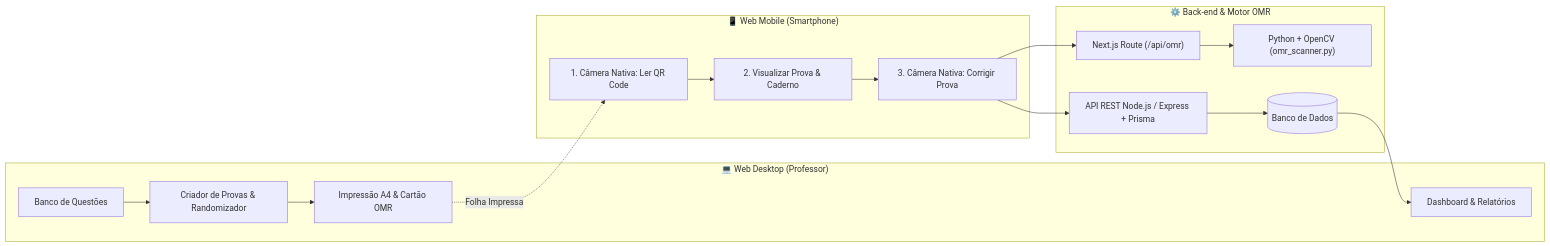
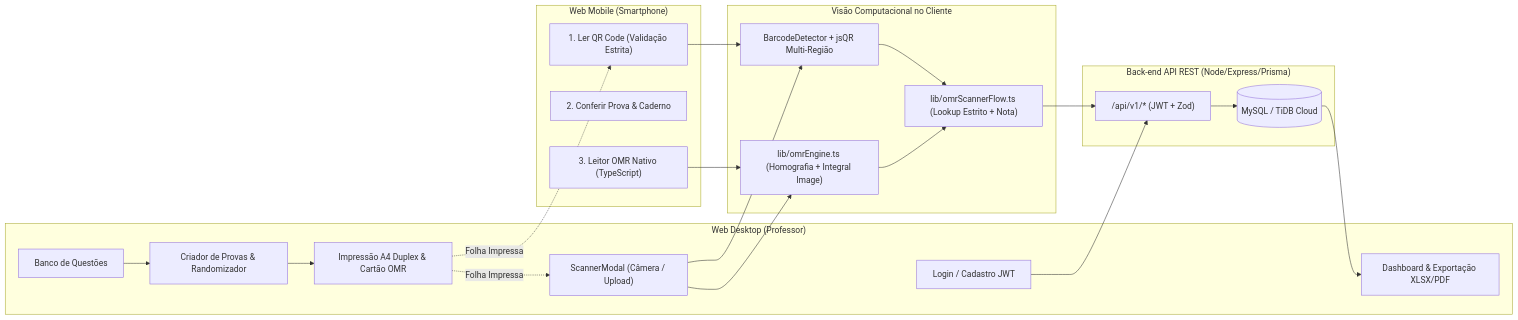
Before and after one commit to Projeto-Arquitetura-de-Software-Grupo-9/front-end: the first of 2 diagrams in docs/DOCUMENTACAO_TECNICA.md, drawn with Mermaid. The commit also changed other lines of this file and 27 other files, not shown here.

Commit message:
feat(frontend): implement pure-TS OMR engine, strict camera validation, real backend JWT auth, and update full documentation

````diff
--- a/docs/DOCUMENTACAO_TECNICA.md
+++ b/docs/DOCUMENTACAO_TECNICA.md
@@ -35,29 +30,39 @@
 ```mermaid
 flowchart LR
-    subgraph Desktop["💻 Web Desktop (Professor)"]
+    subgraph Desktop["Web Desktop (Professor)"]
+        Auth["Login / Cadastro JWT"]
         QBank["Banco de Questões"]
         Wizard["Criador de Provas & Randomizador"]
-        PrintA4["Impressão A4 & Cartão OMR"]
-        Reports["Dashboard & Relatórios"]
+        PrintA4["Impressão A4 Duplex & Cartão OMR"]
+        ScannerWeb["ScannerModal (Câmera / Upload)"]
+        Reports["Dashboard & Exportação XLSX/PDF"]
     end
 
-    subgraph Mobile["📱 Web Mobile (Smartphone)"]
-        CamQR["1. Câmera Nativa: Ler QR Code"]
-        ViewTest["2. Visualizar Prova & Caderno"]
-        CamOMR["3. Câmera Nativa: Corrigir Prova"]
+    subgraph Mobile["Web Mobile (Smartphone)"]
+        CamQR["1. Ler QR Code (Validação Estrita)"]
+        ViewTest["2. Conferir Prova & Caderno"]
+        CamOMR["3. Leitor OMR Nativo (TypeScript)"]
     end
 
-    subgraph Backend["⚙️ Back-end & Motor OMR"]
-        NextAPI["Next.js Route (/api/omr)"]
-        PyOpenCV["Python + OpenCV (omr_scanner.py)"]
-        RestAPI["API REST Node.js / Express + Prisma"]
-        DB[("Banco de Dados")]
+    subgraph Engine["Visão Computacional no Cliente"]
+        QrDec["BarcodeDetector + jsQR Multi-Região"]
+        OmrTS["lib/omrEngine.ts (Homografia + Integral Image)"]
+        FlowTS["lib/omrScannerFlow.ts (Lookup Estrito + Nota)"]
     end
 
+    subgraph Backend["Back-end API REST (Node/Express/Prisma)"]
+        RestAPI["/api/v1/* (JWT + Zod)"]
+        DB[("MySQL / TiDB Cloud")]
+    end
+
+    Auth --> RestAPI
     QBank --> Wizard --> PrintA4
     PrintA4 -. "Folha Impressa" .-> CamQR
-    CamQR --> ViewTest --> CamOMR
-    CamOMR --> NextAPI --> PyOpenCV
-    CamOMR --> RestAPI --> DB
+    PrintA4 -. "Folha Impressa" .-> ScannerWeb
+    CamQR --> QrDec --> FlowTS
+    ScannerWeb --> QrDec
+    CamOMR --> OmrTS --> FlowTS
+    ScannerWeb --> OmrTS
+    FlowTS --> RestAPI --> DB
     DB --> Reports
 ```
````
